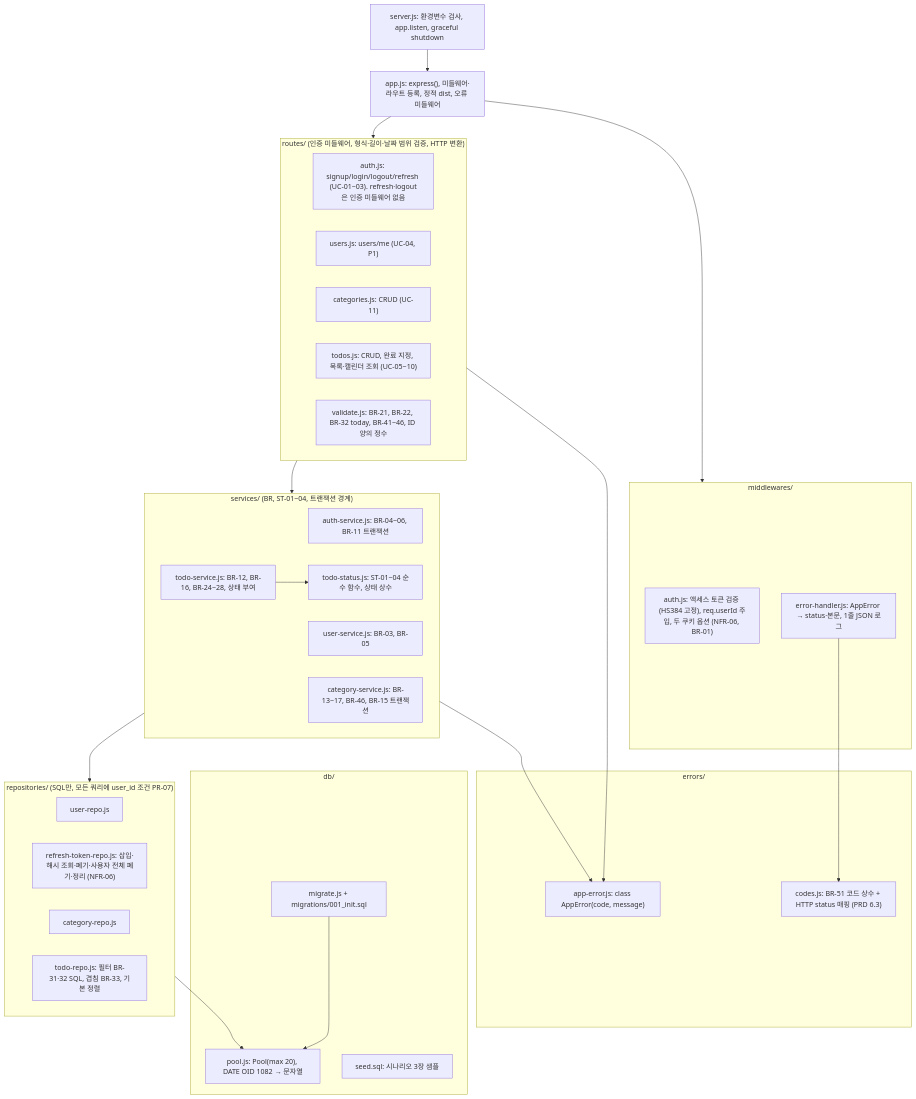
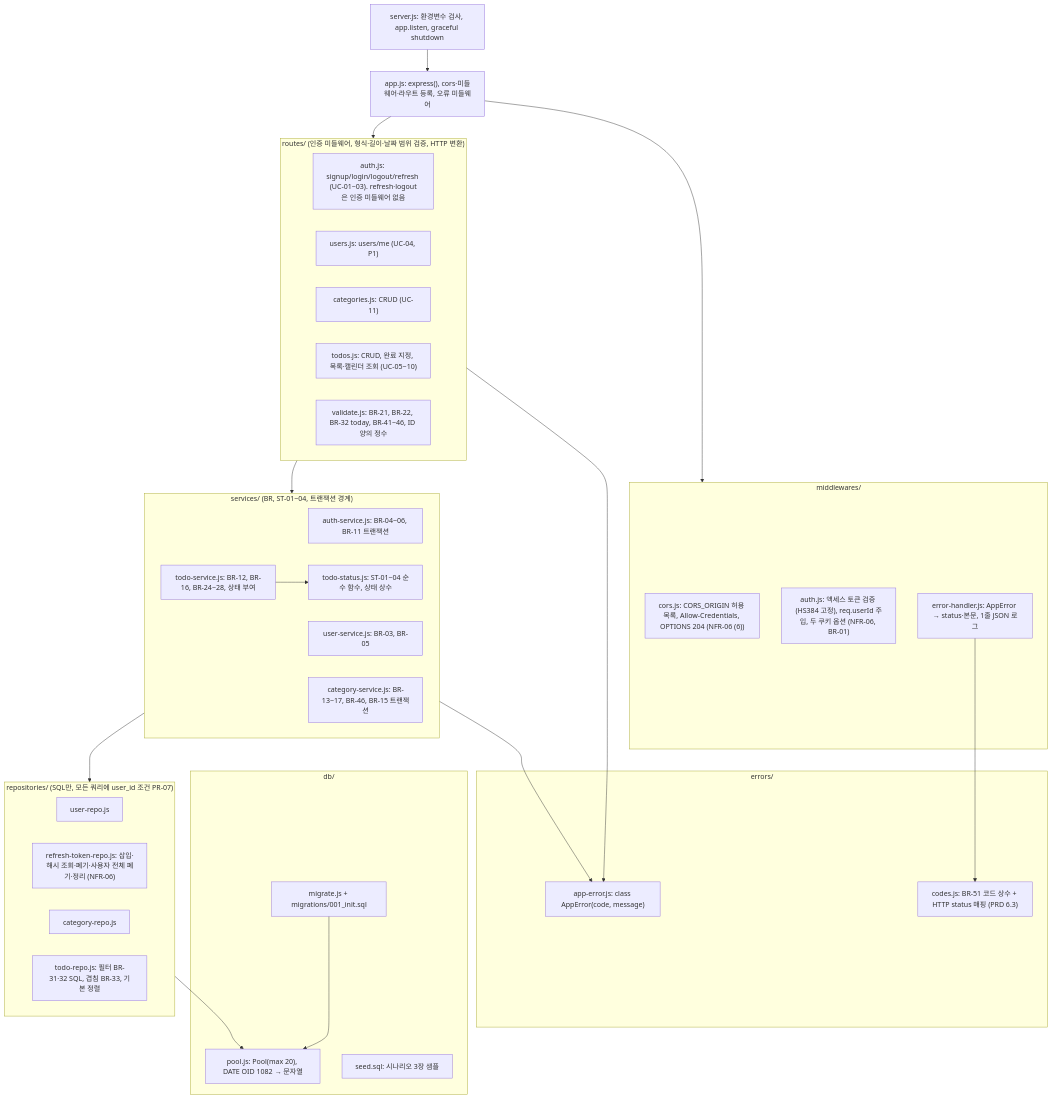
Before and after one commit to okbaronok2-tech/todolist_app: the fourth of 15 diagrams in docs/6-arch-diagram.md, drawn with Mermaid. The commit also changed other lines of this file and 22 other files, not shown here.

````diff
--- a/docs/6-arch-diagram.md
+++ b/docs/6-arch-diagram.md
@@ -150,56 +149,57 @@
 ```mermaid
 flowchart TB
     SRV["server.js: 환경변수 검사, app.listen, graceful shutdown"]
-    APP["app.js: express(), 미들웨어·라우트 등록, 정적 dist, 오류 미들웨어"]
+    APP["app.js: express(), cors·미들웨어·라우트 등록, 오류 미들웨어"]
 
     subgraph MW["middlewares/"]
+        MC["cors.js: CORS_ORIGIN 허용 목록, Allow-Credentials, OPTIONS 204 (NFR-06 (6))"]
         MA["auth.js: 액세스 토큰 검증 (HS384 고정), req.userId 주입, 두 쿠키 옵션 (NFR-06, BR-01)"]
         ME["error-handler.js: AppError → status·본문, 1줄 JSON 로그"]
     end
 
     subgraph RT["routes/ (인증 미들웨어, 형식·길이·날짜 범위 검증, HTTP 변환)"]
         R1["auth.js: signup/login/logout/refresh (UC-01~03). refresh·logout은 인증 미들웨어 없음"]
         R2["users.js: users/me (UC-04, P1)"]
         R3["categories.js: CRUD (UC-11)"]
         R4["todos.js: CRUD, 완료 지정, 목록·캘린더 조회 (UC-05~10)"]
         RV["validate.js: BR-21, BR-22, BR-32 today, BR-41~46, ID 양의 정수"]
     end
 
     subgraph SV["services/ (BR, ST-01~04, 트랜잭션 경계)"]
         S1["auth-service.js: BR-04~06, BR-11 트랜잭션"]
         S2["user-service.js: BR-03, BR-05"]
         S3["category-service.js: BR-13~17, BR-46, BR-15 트랜잭션"]
         S4["todo-service.js: BR-12, BR-16, BR-24~28, 상태 부여"]
         S5["todo-status.js: ST-01~04 순수 함수, 상태 상수"]
     end
 
     subgraph RP["repositories/ (SQL만, 모든 쿼리에 user_id 조건 PR-07)"]
         P1["user-repo.js"]
         P0["refresh-token-repo.js: 삽입·해시 조회·폐기·사용자 전체 폐기·정리 (NFR-06)"]
         P2["category-repo.js"]
         P3["todo-repo.js: 필터 BR-31·32 SQL, 겹침 BR-33, 기본 정렬"]
     end
 
     subgraph ERR["errors/"]
         E1["app-error.js: class AppError(code, message)"]
         E2["codes.js: BR-51 코드 상수 + HTTP status 매핑 (PRD 6.3)"]
     end
 
     subgraph DBL["db/"]
         D1["pool.js: Pool(max 20), DATE OID 1082 → 문자열"]
         D2["migrate.js + migrations/001_init.sql"]
         D3["seed.sql: 시나리오 3장 샘플"]
     end
 
     SRV --> APP
     APP --> MW
     APP --> RT
     RT --> SV
     SV --> RP
     RP --> D1
     RT --> E1
     SV --> E1
     ME --> E2
     S4 --> S5
     D2 --> D1
 ```
````
